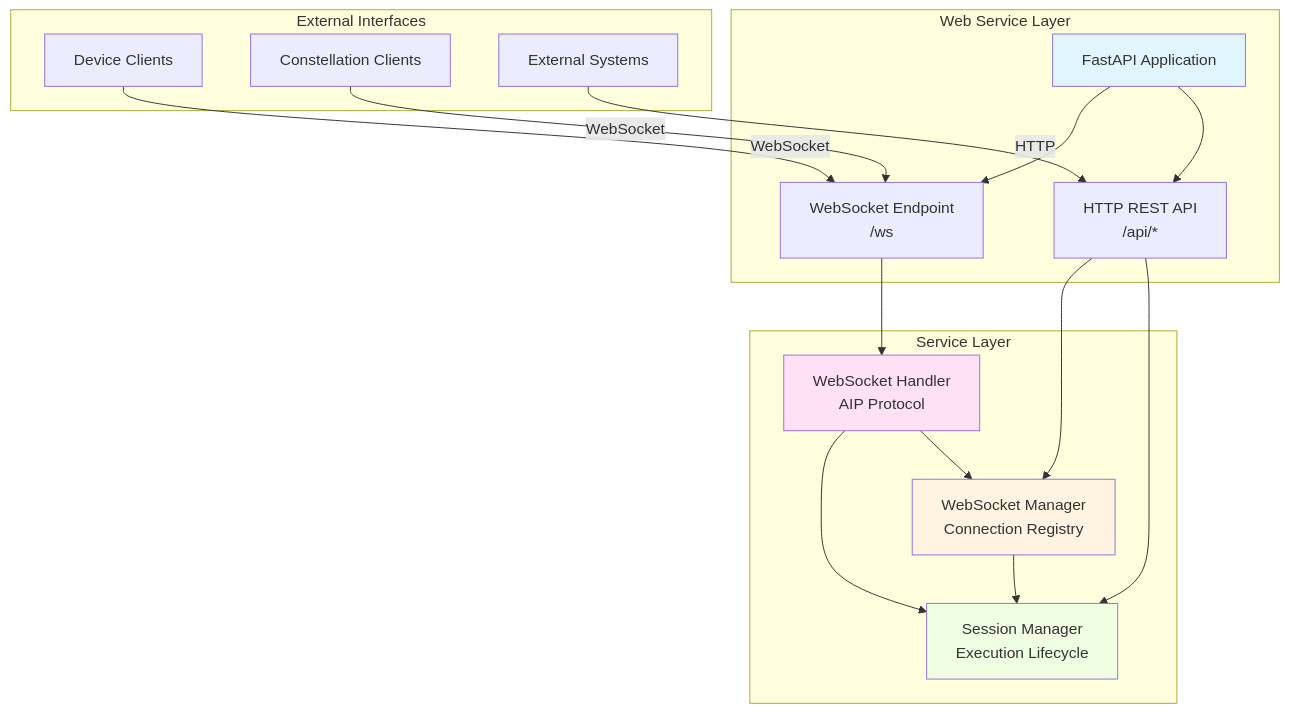
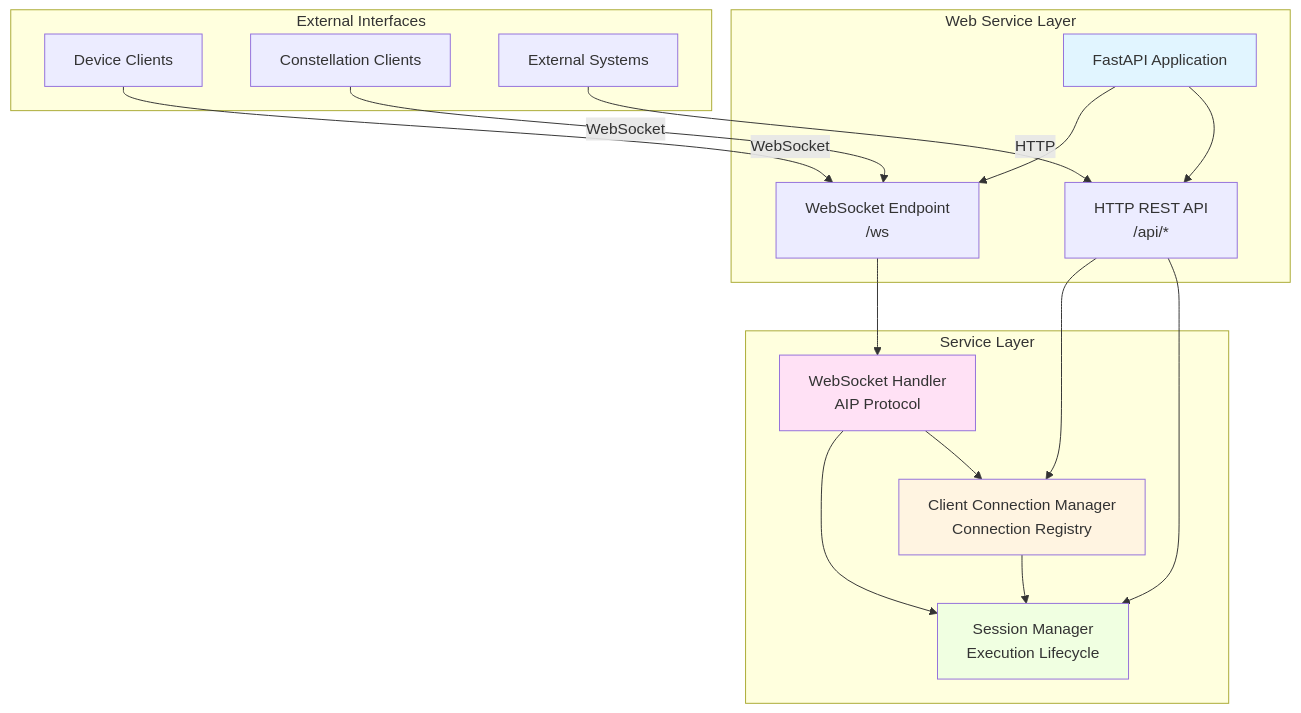
Before and after one commit to microsoft/UFO: the first of 6 diagrams in documents/docs/server/overview.md, drawn with Mermaid. The commit also changed other lines of this file and 8 other files, not shown here.

````diff
--- a/documents/docs/server/overview.md
+++ b/documents/docs/server/overview.md
@@ -42,40 +42,40 @@
 ```mermaid
 graph TB
     subgraph "Web Service Layer"
         FastAPI[FastAPI Application]
         HTTP[HTTP REST API<br/>/api/*]
         WS[WebSocket Endpoint<br/>/ws]
     end
     
     subgraph "Service Layer"
-        WSM[WebSocket Manager<br/>Connection Registry]
+        WSM[Client Connection Manager<br/>Connection Registry]
         SM[Session Manager<br/>Execution Lifecycle]
         WSH[WebSocket Handler<br/>AIP Protocol]
     end
     
     subgraph "External Interfaces"
         DC[Device Clients]
         CC[Constellation Clients]
         EXT[External Systems]
     end
     
     FastAPI --> HTTP
     FastAPI --> WS
     
     HTTP --> SM
     HTTP --> WSM
     WS --> WSH
     
     WSH --> WSM
     WSH --> SM
     WSM --> SM
     
     DC -->|WebSocket| WS
     CC -->|WebSocket| WS
     EXT -->|HTTP| HTTP
     
     style FastAPI fill:#e1f5ff
     style WSM fill:#fff4e1
     style SM fill:#f0ffe1
     style WSH fill:#ffe1f5
 ```
````
